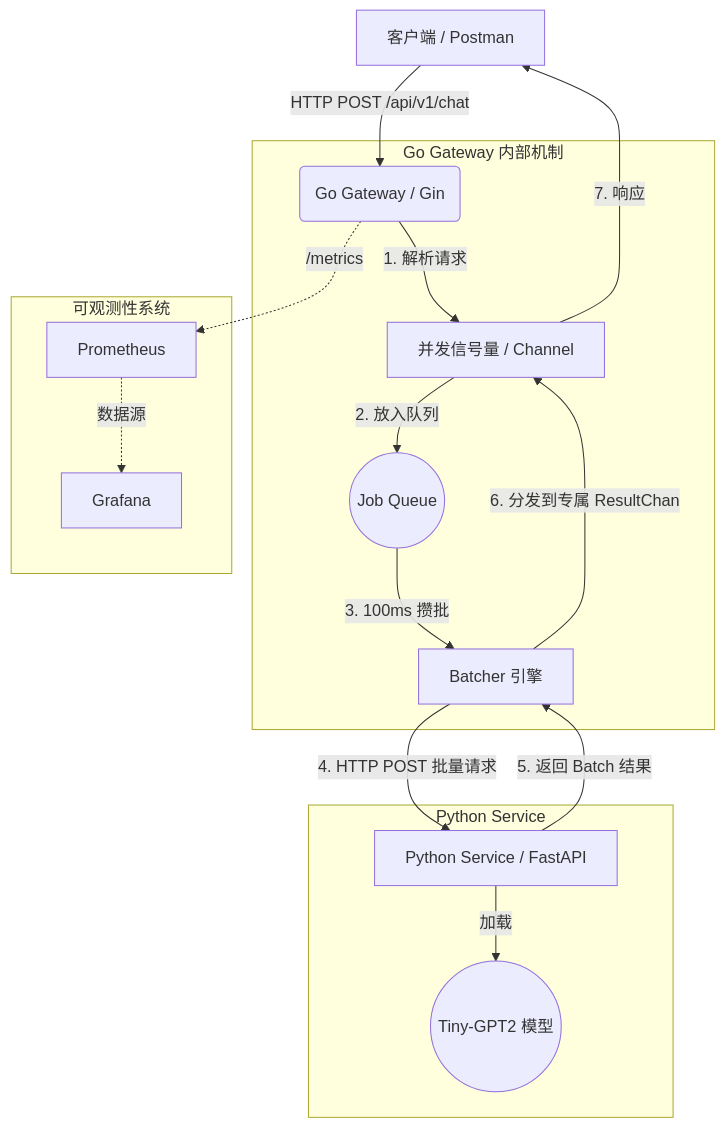
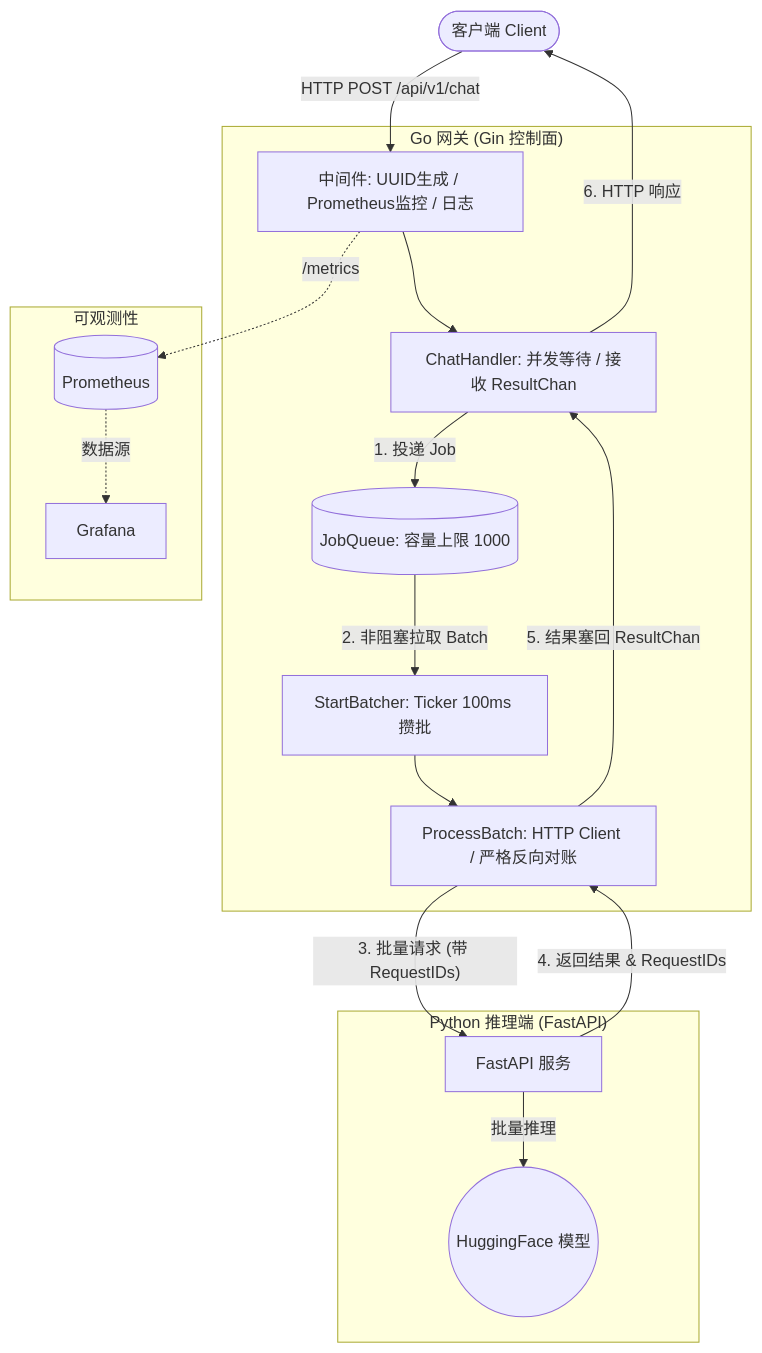
Before and after one commit to dtr222222/ai-inference-gateway: the diagram in README.md, drawn with Mermaid. The commit also changed other lines of this file and 1 other file, not shown here.

````diff
--- a/README.md
+++ b/README.md
@@ -34,25 +33,39 @@
 ```mermaid
 graph TD
-    Client[客户端 / Postman] -->|HTTP POST /api/v1/chat| GoGateway(Go Gateway / Gin)
-    
-    subgraph Go Gateway 内部机制
-        GoGateway -->|1. 解析请求| Semaphore[并发信号量 / Channel]
-        Semaphore -->|2. 放入队列| JobQueue((Job Queue))
-        JobQueue -->|3. 100ms 攒批| Batcher[Batcher 引擎]
+    Client(["客户端 Client"])
+
+    subgraph GoGateway ["Go 网关 (Gin 控制面)"]
+        Middleware["中间件: UUID生成 / Prometheus监控 / 日志"]
+        ChatHandler["ChatHandler: 并发等待 / 接收 ResultChan"]
+        JobQueue[("JobQueue: 容量上限 1000")]
+        Batcher["StartBatcher: Ticker 100ms 攒批"]
+        ProcessBatch["ProcessBatch: HTTP Client / 严格反向对账"]
+
+        Middleware --> ChatHandler
+        ChatHandler -->|"1. 投递 Job"| JobQueue
+        JobQueue -->|"2. 非阻塞拉取 Batch"| Batcher
+        Batcher --> ProcessBatch
     end
-    
-    Batcher -->|4. HTTP POST 批量请求| PythonLLM[Python Service / FastAPI]
-    
-    subgraph Python Service
-        PythonLLM -->|加载| TinyGPT2((Tiny-GPT2 模型))
+
+    subgraph PythonService ["Python 推理端 (FastAPI)"]
+        FastAPI["FastAPI 服务"]
+        Model(("HuggingFace 模型"))
+        
+        FastAPI -->|"批量推理"| Model
     end
-    
-    PythonLLM -->|5. 返回 Batch 结果| Batcher
-    Batcher -->|6. 分发到专属 ResultChan| Semaphore
-    Semaphore -->|7. 响应| Client
 
-    subgraph 可观测性系统
-        GoGateway -.->|/metrics| Prometheus
-        Prometheus -.->|数据源| Grafana
+    subgraph Observability ["可观测性"]
+        Prometheus[("Prometheus")]
+        Grafana["Grafana"]
+        
+        Prometheus -.->|"数据源"| Grafana
     end
+
+    %% 跨服务通信
+    Client -->|"HTTP POST /api/v1/chat"| Middleware
+    ProcessBatch -->|"3. 批量请求 (带 RequestIDs)"| FastAPI
+    FastAPI -->|"4. 返回结果 & RequestIDs"| ProcessBatch
+    ProcessBatch -->|"5. 结果塞回 ResultChan"| ChatHandler
+    ChatHandler -->|"6. HTTP 响应"| Client
+    Middleware -.->|"/metrics"| Prometheus
 ```
````
